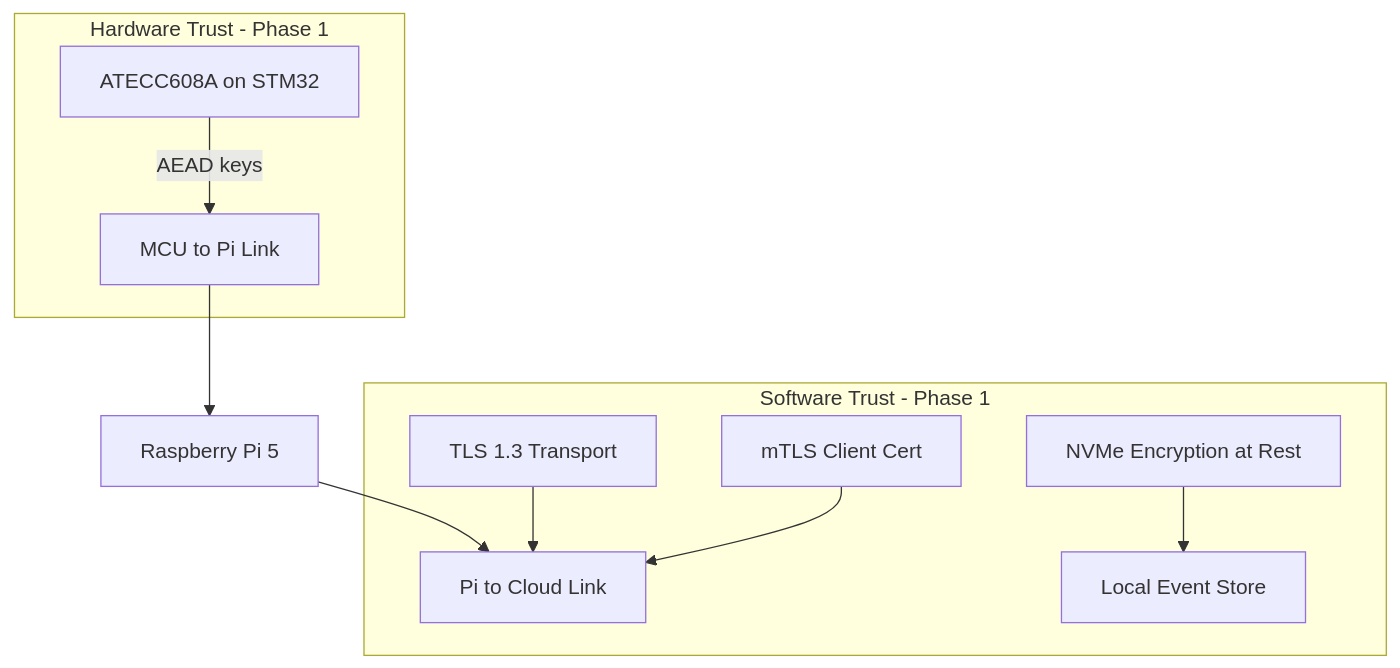
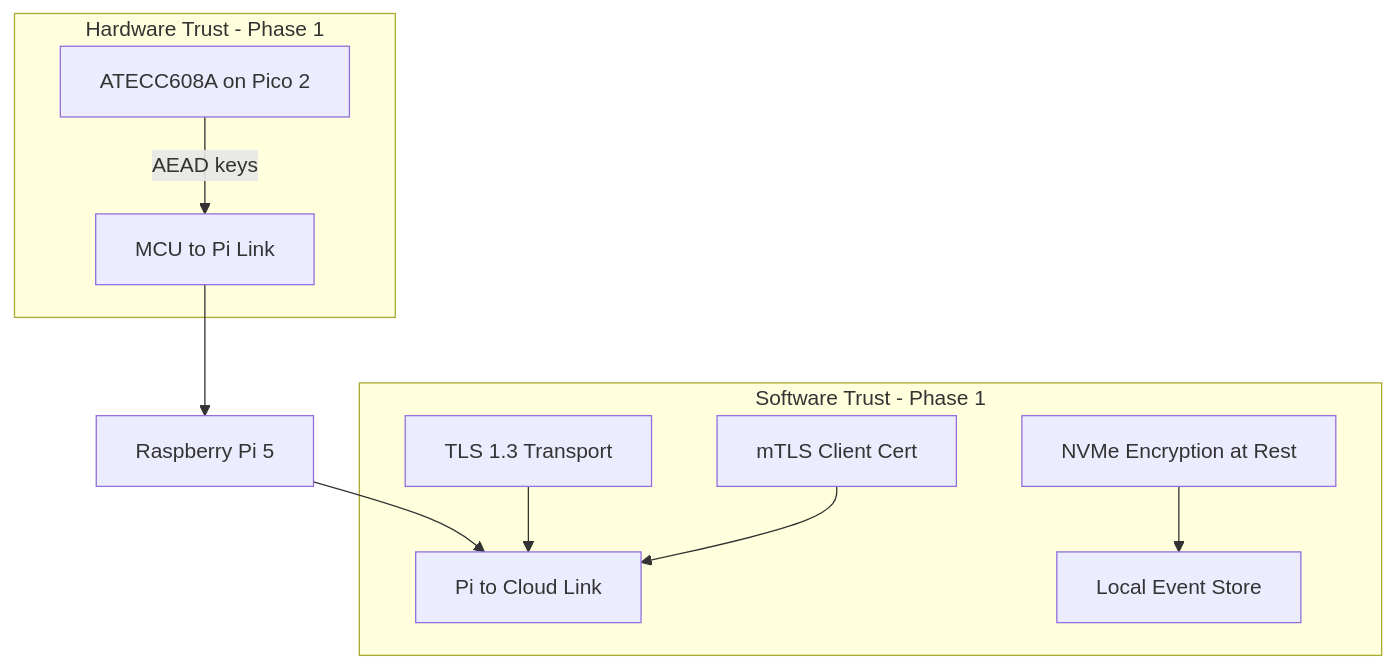
The seventh of 8 diagrams in docs/hardware-architecture.md (BlueWaves-afk/vigia-raspi), drawn with Mermaid before and after one commit. The commit also changed other lines of this file and 6 other files, not shown here.

Commit message:
Pivot from stm32f411ce to raspi pico2

````diff
--- a/docs/hardware-architecture.md
+++ b/docs/hardware-architecture.md
@@ -347,19 +379,19 @@
 ```mermaid
 flowchart TB
   subgraph hwTrust [Hardware Trust - Phase 1]
-    se[ATECC608A on STM32]
+    se[ATECC608A on Pico 2]
     se -->|AEAD keys| mcuLink[MCU to Pi Link]
   end
 
   subgraph swTrust [Software Trust - Phase 1]
     mtls[mTLS Client Cert]
     tls[TLS 1.3 Transport]
     enc[NVMe Encryption at Rest]
     mtls --> cloudLink[Pi to Cloud Link]
     tls --> cloudLink
     enc --> localStore[Local Event Store]
   end
 
   mcuLink --> pi5[Raspberry Pi 5]
   pi5 --> cloudLink
 ```
````
